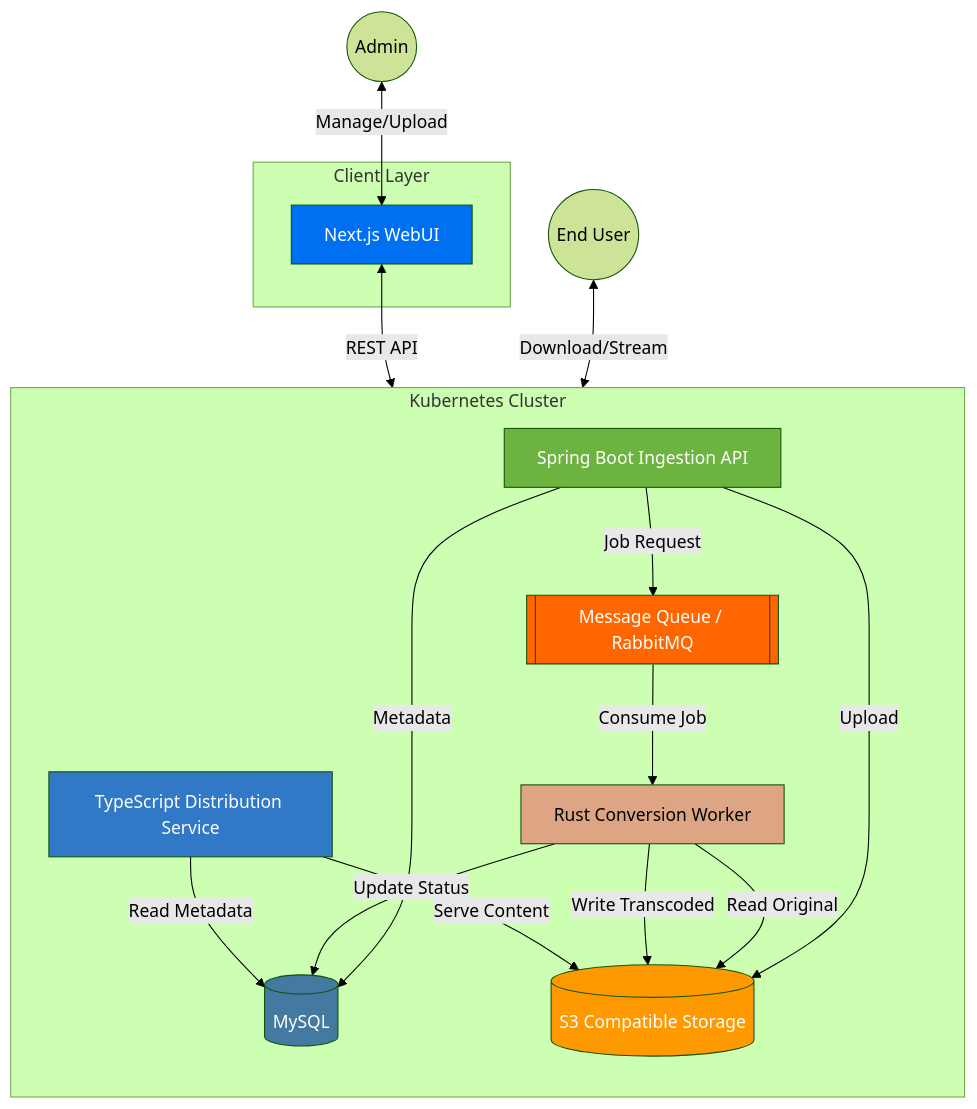
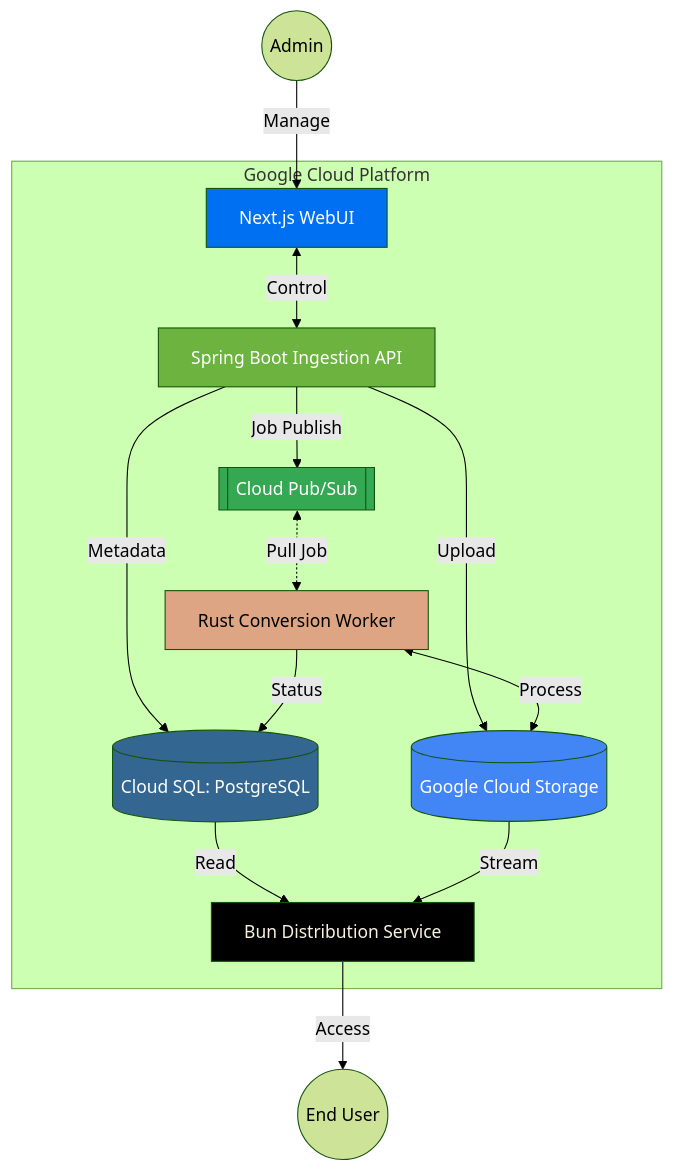
The diagram in README.md (walk8243/content-object-space-management), drawn with Mermaid (forest theme) before and after one commit. The commit also changed other lines of this file and 4 other files, not shown here.

````diff
--- a/README.md
+++ b/README.md
@@ -17,40 +29,47 @@
 ```mermaid
 graph TD
-    subgraph Client_Layer [Client Layer]
+    User((End User))
+    Admin((Admin))
+
+    subgraph GCP [Google Cloud Platform]
+        Dist[Bun Distribution Service]
         UI[Next.js WebUI]
+
+        API[Spring Boot Ingestion API]
+        Worker[Rust Conversion Worker]
+
+        DB[(Cloud SQL: PostgreSQL)]
+        GCS[(Google Cloud Storage)]
+        PS[[Cloud Pub/Sub]]
     end
 
-    subgraph K8s_Cluster [Kubernetes Cluster]
-        direction TB
-        
-        API[Spring Boot Ingestion API]
-        Worker[Rust Conversion Worker]
-        Dist[TypeScript Distribution Service]
-        MQ[[Message Queue / RabbitMQ]]
-        
-        UI <-->|REST API| API
-        API -->|Metadata| DB[(MySQL)]
-        API -->|Upload| S3[(S3 Compatible Storage)]
-        API -->|Job Request| MQ
-        
-        MQ -->|Consume Job| Worker
-        Worker -->|Read Original| S3
-        Worker -->|Write Transcoded| S3
-        Worker -->|Update Status| DB
-        
-        Dist -->|Read Metadata| DB
-        Dist -->|Serve Content| S3
-    end
+    %% 接続関係：一般ユーザー（下から）
+    Dist -->|Access| User
 
-    User((End User)) <-->|Download/Stream| Dist
-    Admin((Admin)) <-->|Manage/Upload| UI
+    %% 接続関係：管理者
+    Admin -->|Manage| UI
+    UI <-->|Control| API
 
-    %% Styling
+    %% GKE内部の連携
+    API -->|Job Publish| PS
+    PS <-. Pull Job .-> Worker
+    
+    %% ストレージ・DBへのアクセス
+    DB -->|Read| Dist
+    GCS -->|Stream| Dist
+    
+    API -->|Metadata| DB
+    API -->|Upload| GCS
+    
+    Worker <-->|Process| GCS
+    Worker -->|Status| DB
+
+    %% スタイリング
     style UI fill:#0070f3,color:#fff
     style API fill:#6db33f,color:#fff
     style Worker fill:#dea584,color:#000
-    style Dist fill:#3178c6,color:#fff
-    style DB fill:#4479a1,color:#fff
-    style S3 fill:#ff9900,color:#fff
-    style MQ fill:#ff6600,color:#fff
+    style Dist fill:#000,color:#f9f1e1
+    style DB fill:#336791,color:#fff
+    style GCS fill:#4285f4,color:#fff
+    style PS fill:#34a853,color:#fff
 ```
````
